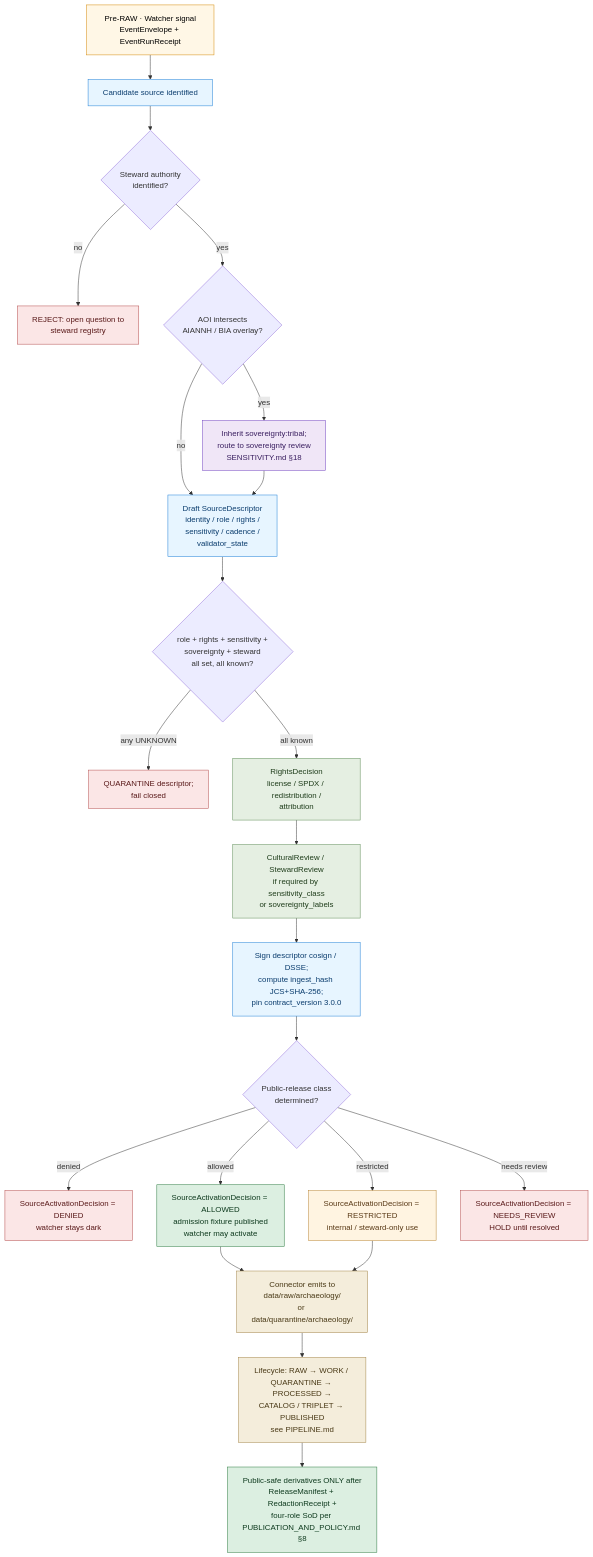
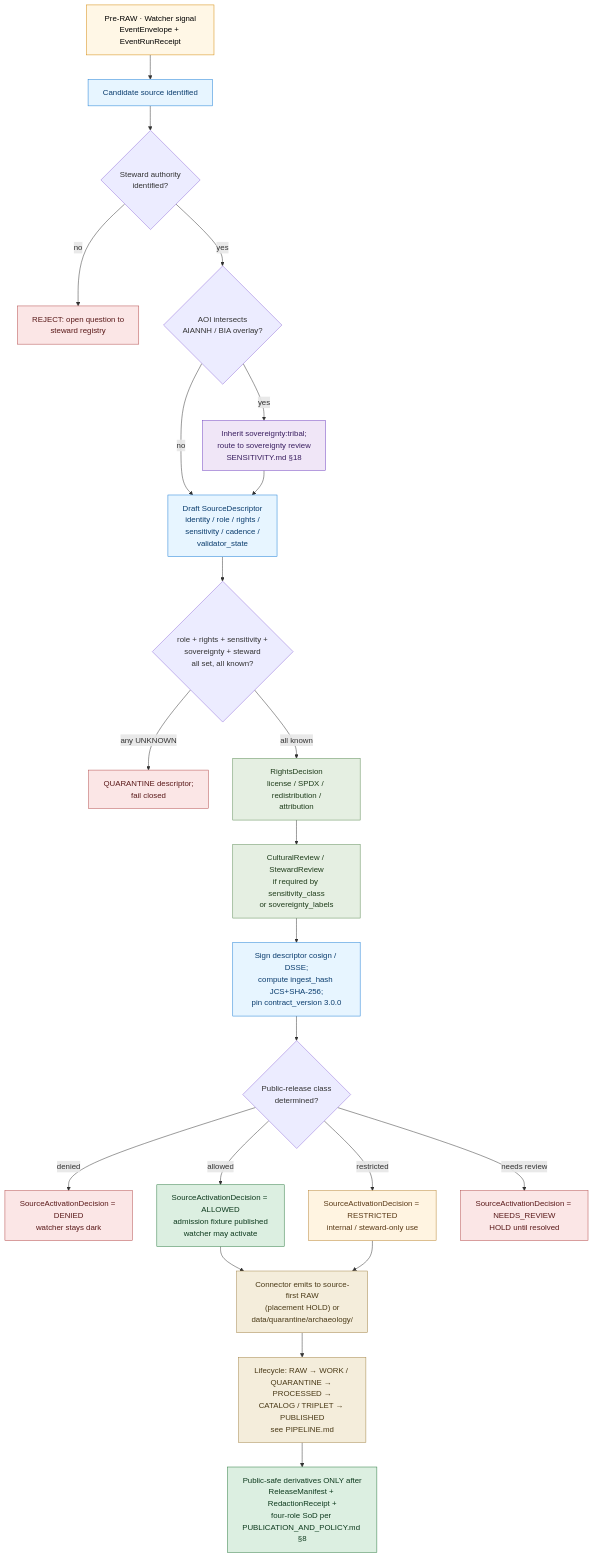
The diagram in docs/domains/archaeology/SOURCE_REGISTRY.md (bartytime4life/Kansas-Frontier-Matrix), drawn with Mermaid before and after one commit. The commit also changed other lines of this file and 13 other files, not shown here.

First line of the commit message:
docs(archaeology): align RAW placement doctrine with source-first DIR-SOURCE-001

````diff
--- a/docs/domains/archaeology/SOURCE_REGISTRY.md
+++ b/docs/domains/archaeology/SOURCE_REGISTRY.md
@@ -632,33 +634,33 @@
 ```mermaid
 flowchart TD
   PRR[Pre-RAW · Watcher signal<br/>EventEnvelope + EventRunReceipt]:::pre --> A[Candidate source identified]:::adm
   A --> B{Steward authority<br/>identified?}
   B -- no --> X[REJECT: open question to<br/>steward registry]:::deny
   B -- yes --> SOV{AOI intersects<br/>AIANNH / BIA overlay?}
   SOV -- yes --> RH[Inherit sovereignty:tribal;<br/>route to sovereignty review<br/>SENSITIVITY.md §18]:::sov
   SOV -- no --> C[Draft SourceDescriptor<br/>identity / role / rights /<br/>sensitivity / cadence /<br/>validator_state]:::adm
   RH --> C
   C --> D{role + rights + sensitivity +<br/>sovereignty + steward<br/>all set, all known?}
   D -- any UNKNOWN --> Q[QUARANTINE descriptor;<br/>fail closed]:::deny
   D -- all known --> E[RightsDecision<br/>license / SPDX / redistribution /<br/>attribution]:::rev
   E --> F[CulturalReview / StewardReview<br/>if required by sensitivity_class<br/>or sovereignty_labels]:::rev
   F --> SD[Sign descriptor cosign / DSSE;<br/>compute ingest_hash JCS+SHA-256;<br/>pin contract_version 3.0.0]:::adm
   SD --> G{Public-release class<br/>determined?}
   G -- denied --> H[SourceActivationDecision = DENIED<br/>watcher stays dark]:::deny
   G -- restricted --> I[SourceActivationDecision = RESTRICTED<br/>internal / steward-only use]:::res
   G -- allowed --> J[SourceActivationDecision = ALLOWED<br/>admission fixture published<br/>watcher may activate]:::allow
   G -- needs review --> NR[SourceActivationDecision = NEEDS_REVIEW<br/>HOLD until resolved]:::deny
-  J --> K[Connector emits to<br/>data/raw/archaeology/<br/>or data/quarantine/archaeology/]:::raw
+  J --> K["Connector emits to source-first RAW<br/>(placement HOLD) or<br/>data/quarantine/archaeology/"]:::raw
   I --> K
   K --> L[Lifecycle: RAW → WORK / QUARANTINE → PROCESSED →<br/>CATALOG / TRIPLET → PUBLISHED<br/>see PIPELINE.md]:::raw
   L --> M[Public-safe derivatives ONLY after<br/>ReleaseManifest + RedactionReceipt +<br/>four-role SoD per PUBLICATION_AND_POLICY.md §8]:::pub
   classDef pre fill:#fff7e6,stroke:#d48806,color:#000
   classDef adm fill:#e7f5ff,stroke:#1c7ed6,color:#0b3d6e
   classDef sov fill:#f0e6f7,stroke:#6f42c1,color:#3a1f60
   classDef rev fill:#e5efe2,stroke:#5b8a55,color:#1f3d1b
   classDef deny fill:#fbe6e6,stroke:#b34a4a,color:#5a1a1a
   classDef res fill:#fff4e1,stroke:#b88431,color:#5a3a17
   classDef allow fill:#dcefe1,stroke:#2b7a3f,color:#0e3a1e
   classDef raw fill:#f4eddb,stroke:#a3854a,color:#4a3a17
   classDef pub fill:#dcefe1,stroke:#2b7a3f,color:#0e3a1e
 ```
````
